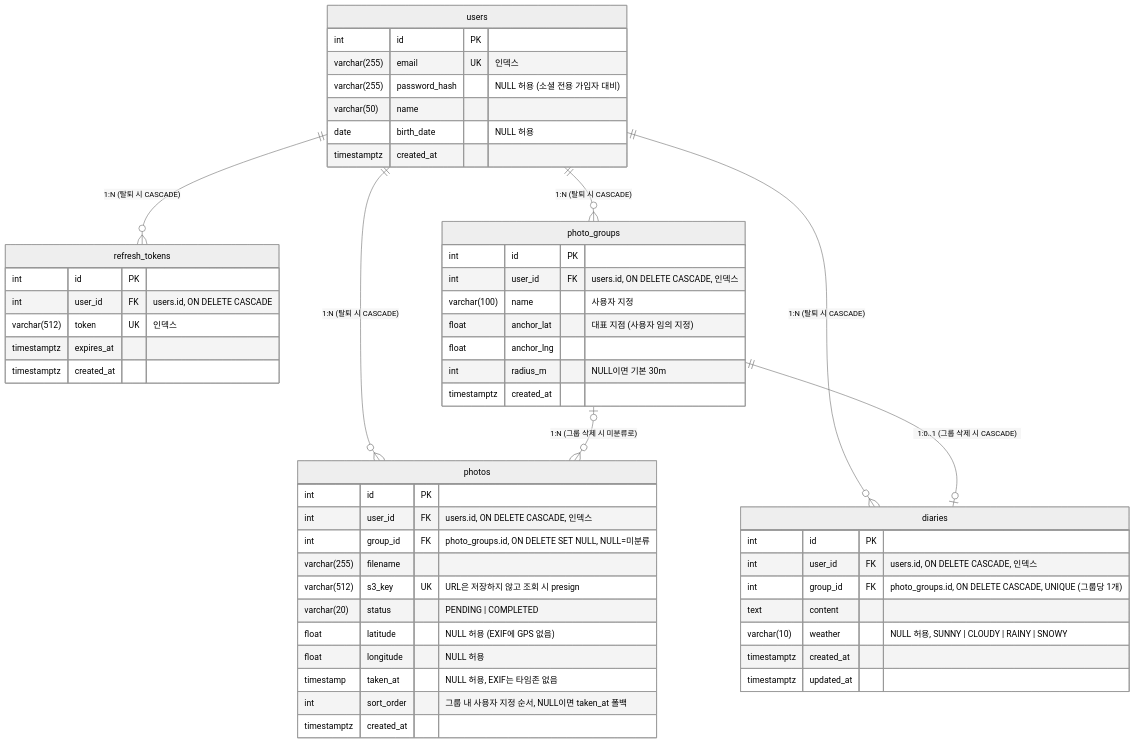
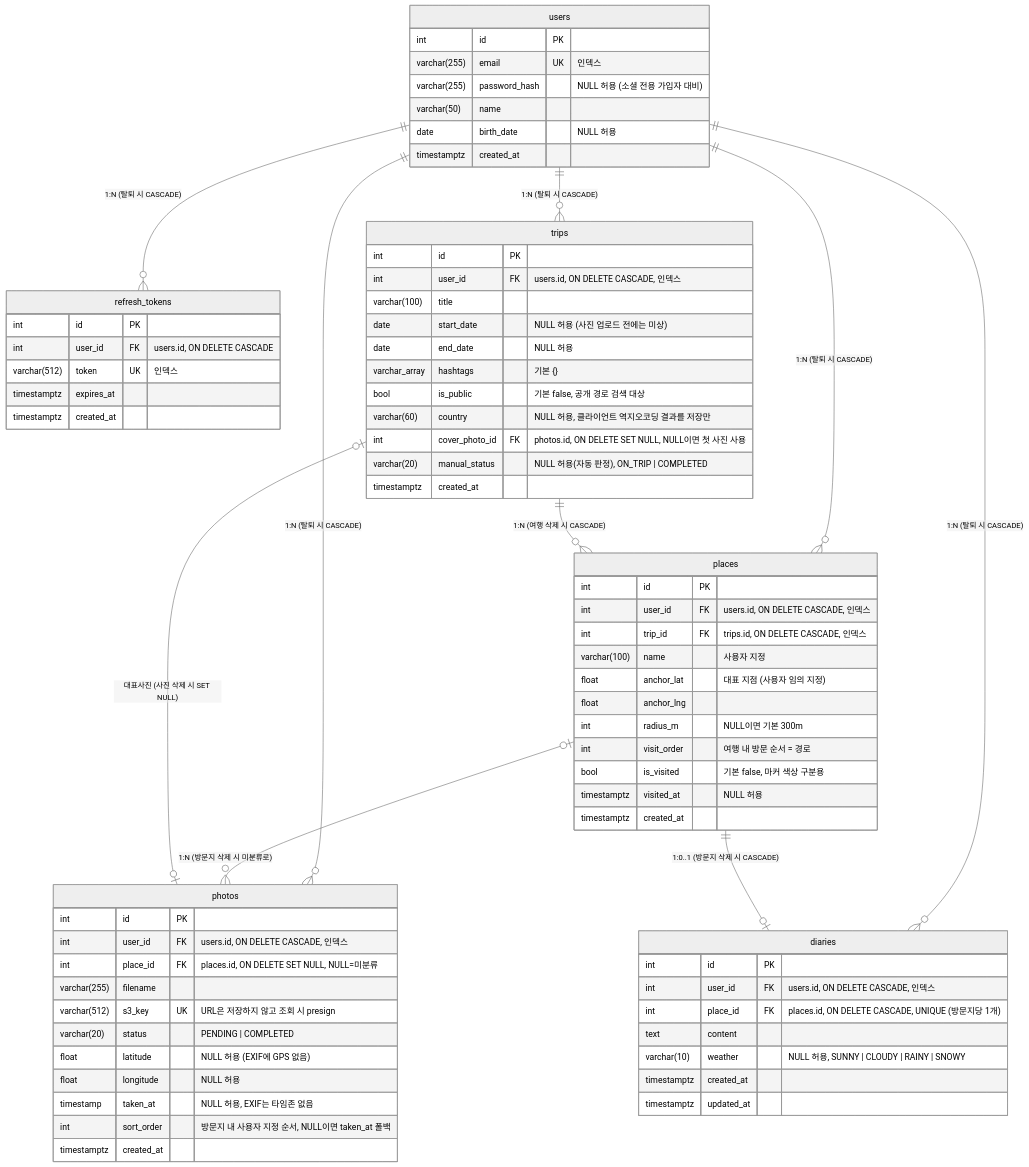
The diagram in docs/erd.md (jihyun132/Travelog), drawn with Mermaid (neutral theme) before and after one commit. The commit also changed other lines of this file and 49 other files, not shown here.

````diff
--- a/docs/erd.md
+++ b/docs/erd.md
@@ -5,60 +5,81 @@
 ```mermaid
 erDiagram
     users ||--o{ refresh_tokens : "1:N (탈퇴 시 CASCADE)"
-    users ||--o{ photo_groups : "1:N (탈퇴 시 CASCADE)"
+    users ||--o{ trips : "1:N (탈퇴 시 CASCADE)"
+    users ||--o{ places : "1:N (탈퇴 시 CASCADE)"
     users ||--o{ photos : "1:N (탈퇴 시 CASCADE)"
     users ||--o{ diaries : "1:N (탈퇴 시 CASCADE)"
-    photo_groups |o--o{ photos : "1:N (그룹 삭제 시 미분류로)"
-    photo_groups ||--o| diaries : "1:0..1 (그룹 삭제 시 CASCADE)"
+    trips ||--o{ places : "1:N (여행 삭제 시 CASCADE)"
+    places |o--o{ photos : "1:N (방문지 삭제 시 미분류로)"
+    places ||--o| diaries : "1:0..1 (방문지 삭제 시 CASCADE)"
+    photos |o--o| trips : "대표사진 (사진 삭제 시 SET NULL)"
 
     users {
         int id PK
         varchar(255) email UK "인덱스"
         varchar(255) password_hash "NULL 허용 (소셜 전용 가입자 대비)"
         varchar(50) name
         date birth_date "NULL 허용"
         timestamptz created_at
     }
 
     refresh_tokens {
         int id PK
         int user_id FK "users.id, ON DELETE CASCADE"
         varchar(512) token UK "인덱스"
         timestamptz expires_at
         timestamptz created_at
     }
 
-    photo_groups {
+    trips {
         int id PK
         int user_id FK "users.id, ON DELETE CASCADE, 인덱스"
+        varchar(100) title
+        date start_date "NULL 허용 (사진 업로드 전에는 미상)"
+        date end_date "NULL 허용"
+        varchar_array hashtags "기본 {}"
+        bool is_public "기본 false, 공개 경로 검색 대상"
+        varchar(60) country "NULL 허용, 클라이언트 역지오코딩 결과를 저장만"
+        int cover_photo_id FK "photos.id, ON DELETE SET NULL, NULL이면 첫 사진 사용"
+        varchar(20) manual_status "NULL 허용(자동 판정), ON_TRIP | COMPLETED"
+        timestamptz created_at
+    }
+
+    places {
+        int id PK
+        int user_id FK "users.id, ON DELETE CASCADE, 인덱스"
+        int trip_id FK "trips.id, ON DELETE CASCADE, 인덱스"
         varchar(100) name "사용자 지정"
         float anchor_lat "대표 지점 (사용자 임의 지정)"
         float anchor_lng
-        int radius_m "NULL이면 기본 30m"
+        int radius_m "NULL이면 기본 300m"
+        int visit_order "여행 내 방문 순서 = 경로"
+        bool is_visited "기본 false, 마커 색상 구분용"
+        timestamptz visited_at "NULL 허용"
         timestamptz created_at
     }
 
     photos {
         int id PK
         int user_id FK "users.id, ON DELETE CASCADE, 인덱스"
-        int group_id FK "photo_groups.id, ON DELETE SET NULL, NULL=미분류"
+        int place_id FK "places.id, ON DELETE SET NULL, NULL=미분류"
         varchar(255) filename
         varchar(512) s3_key UK "URL은 저장하지 않고 조회 시 presign"
         varchar(20) status "PENDING | COMPLETED"
         float latitude "NULL 허용 (EXIF에 GPS 없음)"
         float longitude "NULL 허용"
         timestamp taken_at "NULL 허용, EXIF는 타임존 없음"
-        int sort_order "그룹 내 사용자 지정 순서, NULL이면 taken_at 폴백"
+        int sort_order "방문지 내 사용자 지정 순서, NULL이면 taken_at 폴백"
         timestamptz created_at
     }
 
     diaries {
         int id PK
         int user_id FK "users.id, ON DELETE CASCADE, 인덱스"
-        int group_id FK "photo_groups.id, ON DELETE CASCADE, UNIQUE (그룹당 1개)"
+        int place_id FK "places.id, ON DELETE CASCADE, UNIQUE (방문지당 1개)"
         text content
         varchar(10) weather "NULL 허용, SUNNY | CLOUDY | RAINY | SNOWY"
         timestamptz created_at
         timestamptz updated_at
     }
 ```
````
